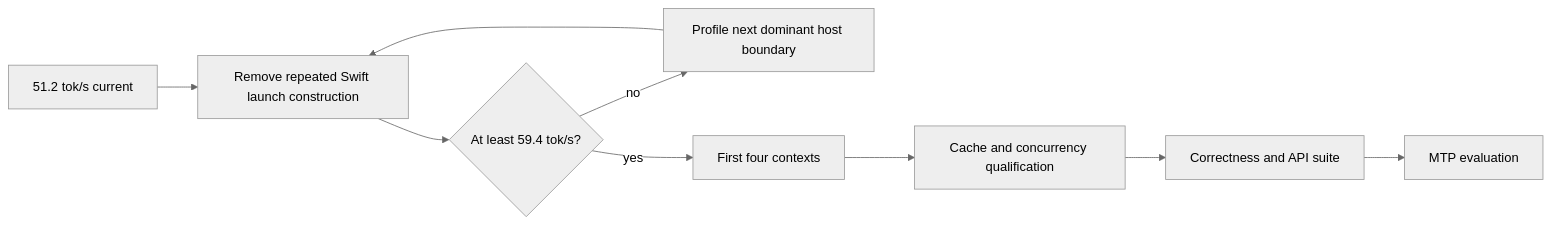
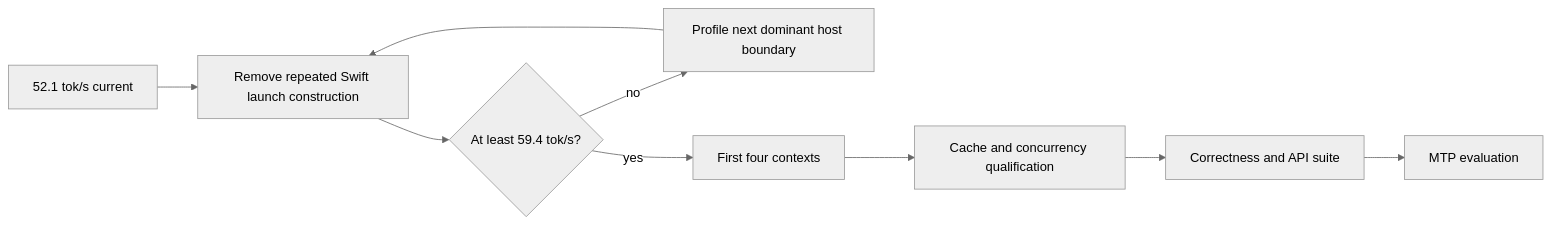
Before and after one commit to scouzi1966/AFMKit: the eighth of 8 diagrams in docs/QWEN38_FLASH_NEXT_PERFORMANCE.md, drawn with Mermaid (neutral theme). The commit also changed other lines of this file and 3 other files, not shown here.

````diff
--- a/docs/QWEN38_FLASH_NEXT_PERFORMANCE.md
+++ b/docs/QWEN38_FLASH_NEXT_PERFORMANCE.md
@@ -472,11 +493,11 @@
 ```mermaid
 flowchart LR
-    A[51.2 tok/s current] --> B[Remove repeated Swift launch construction]
+    A[52.1 tok/s current] --> B[Remove repeated Swift launch construction]
     B --> C{At least 59.4 tok/s?}
     C -- no --> D[Profile next dominant host boundary]
     D --> B
     C -- yes --> E[First four contexts]
     E --> F[Cache and concurrency qualification]
     F --> G[Correctness and API suite]
     G --> H[MTP evaluation]
 ```
````
